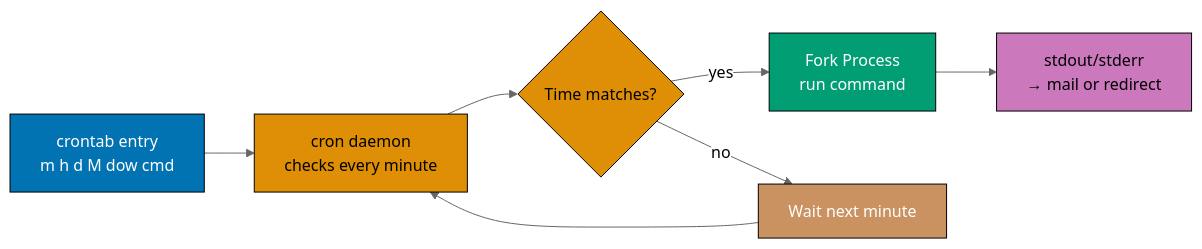
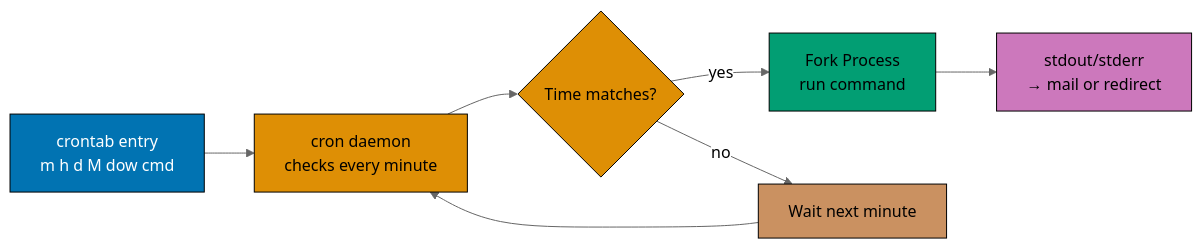
The sixth of 11 diagrams in apps/ayokoding-www/content/en/learn/legacy/software-engineering/platforms/linux/tools/shell/by-example/intermediate.md (wahidyankf/ose-public), drawn with Mermaid (neutral theme) before and after one commit. The commit also changed other lines of this file and 130 other files, not shown here.

First line of the commit message:
fix(mermaid): bring the legacy platforms diagrams onto the accessible palette

````diff
--- a/apps/ayokoding-www/content/en/learn/legacy/software-engineering/platforms/linux/tools/shell/by-example/intermediate.md
+++ b/apps/ayokoding-www/content/en/learn/legacy/software-engineering/platforms/linux/tools/shell/by-example/intermediate.md
@@ -1159,17 +1197,25 @@
 ```mermaid
 %% Color Palette: Blue #0173B2, Orange #DE8F05, Teal #029E73, Purple #CC78BC, Brown #CA9161
 graph LR
+    accTitle: Diagram
+    accDescr: Graph with 6 nodes and 6 connections. Nodes: crontab entry m h d M dow cmd, cron daemon checks every minute, Time matches?, Fork Process run command, Wait next minute, stdout/stderr → mail or redirect. Connections: crontab entry m h d M dow cmd to cron daemon checks every minute, cron daemon checks every minute to Time matches?, Time matches? to Fork Process run command (yes), Time matches? to Wait next minute (no), Wait next minute to cron daemon checks every minute, Fork Process run command to stdout/stderr → mail or redirect.
     A[crontab entry<br/>m h d M dow cmd] --> B[cron daemon<br/>checks every minute]
     B --> C{Time matches?}
     C -->|yes| D[Fork Process<br/>run command]
     C -->|no| E[Wait next minute]
     E --> B
     D --> F[stdout/stderr<br/>→ mail or redirect]
 
-    style A fill:#0173B2,stroke:#000,color:#fff
-    style B fill:#DE8F05,stroke:#000,color:#000
-    style C fill:#DE8F05,stroke:#000,color:#000
-    style D fill:#029E73,stroke:#000,color:#fff
-    style E fill:#CA9161,stroke:#000,color:#fff
-    style F fill:#CC78BC,stroke:#000,color:#000
+    classDef pal-0173B2 fill:#0173B2,stroke:#000000,color:#FFFFFF
+    class A pal-0173B2
+    classDef pal-DE8F05 fill:#DE8F05,stroke:#000000,color:#000000
+    class B pal-DE8F05
+    class C pal-DE8F05
+    classDef pal-029E73 fill:#029E73,stroke:#000000,color:#000000
+    class D pal-029E73
+    classDef pal-CA9161 fill:#CA9161,stroke:#000000,color:#000000
+    class E pal-CA9161
+    classDef pal-CC78BC fill:#CC78BC,stroke:#000000,color:#000000
+    class F pal-CC78BC
+    classDef default fill:#FFFFFF,stroke:#000000,color:#000000
 ```
````
